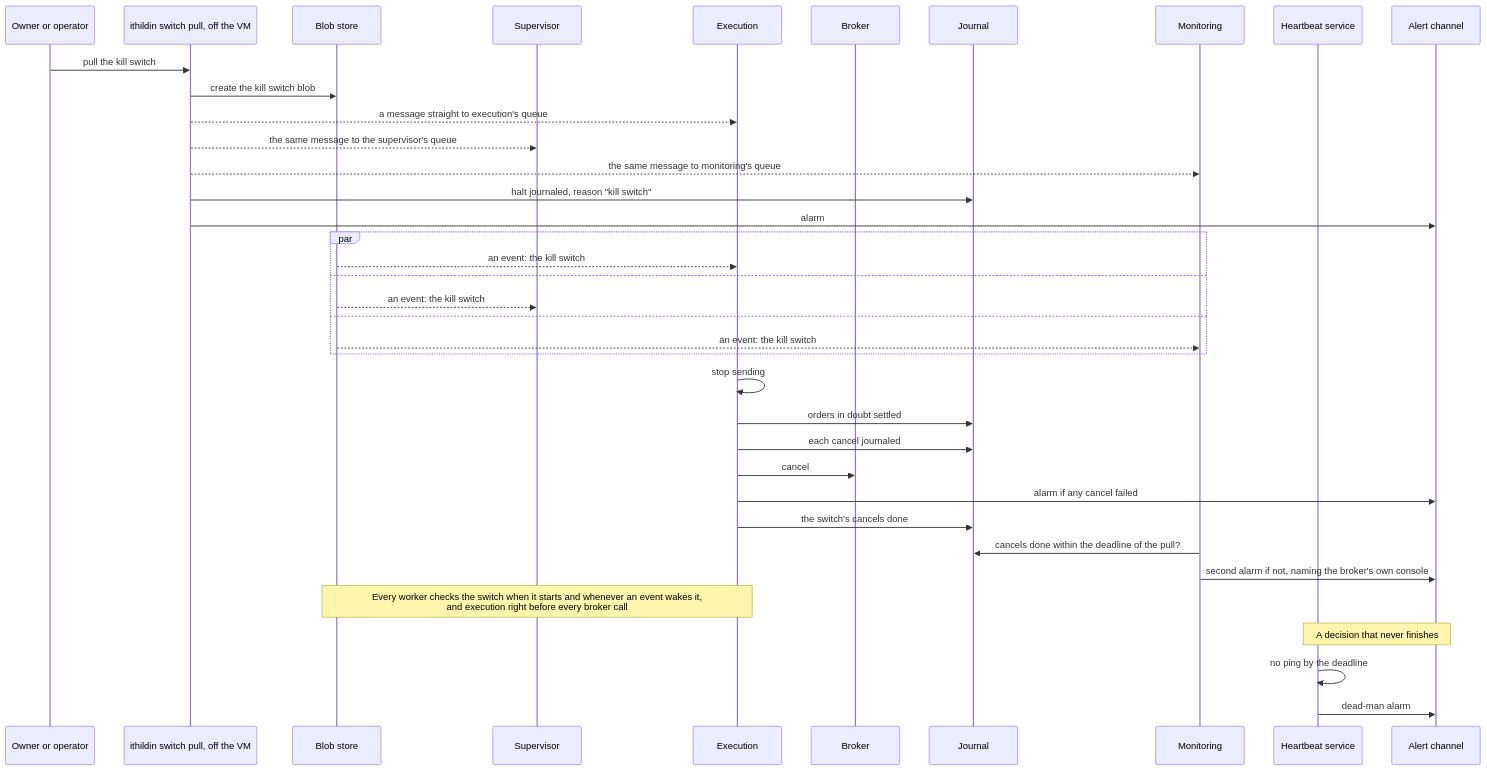
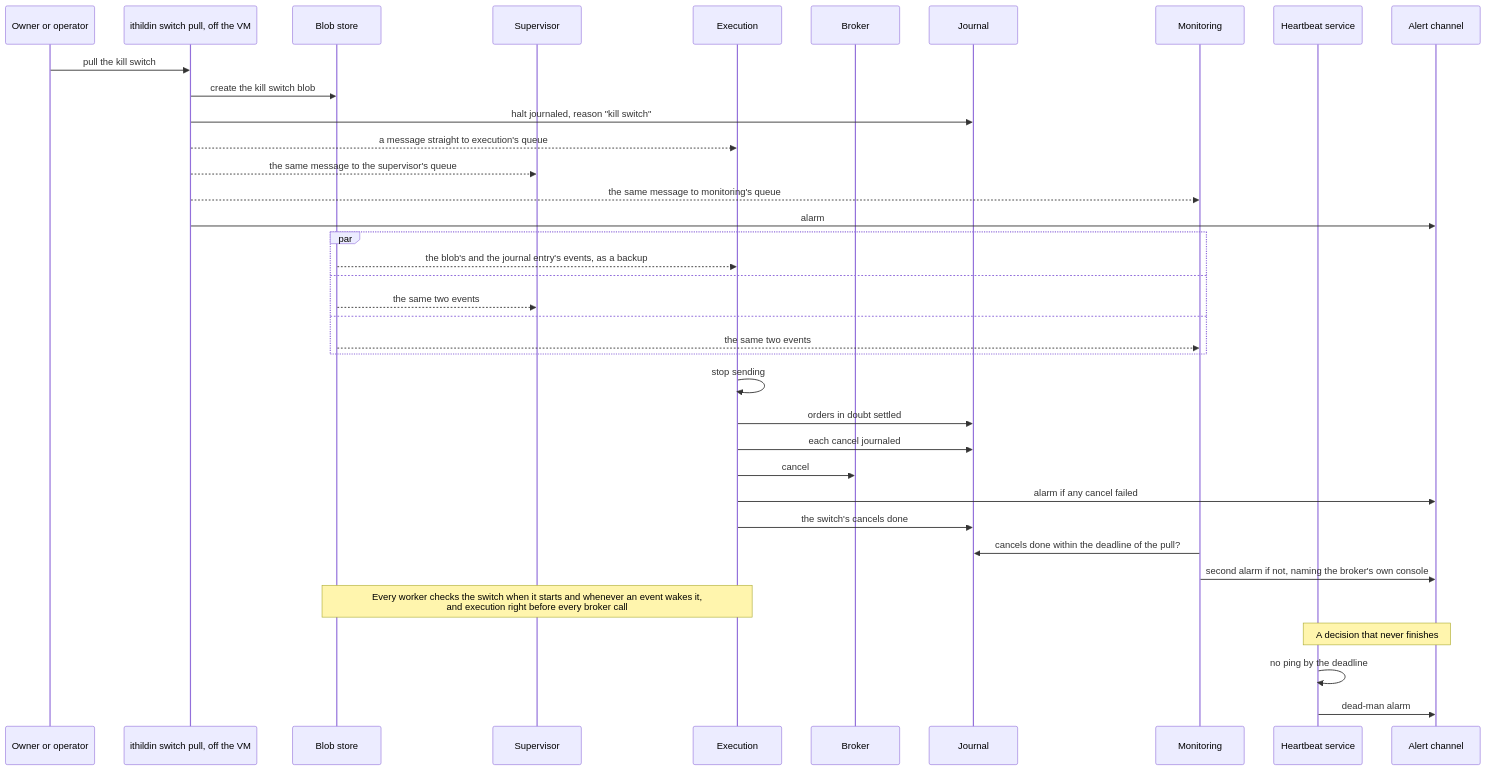
One commit to l3a0/ithildin-runtime changed the ninth of 16 diagrams in docs/architecture.md. Above: the diagram before and after it, drawn with Mermaid. The commit also changed 1 other file, not shown here.

Commit message:
docs: let the kill switch's blob and journal entry reach the queues if the tool fails
The owner ruled on 2026-10-31 that the switch's blob and journal entry also
trigger events, in case the tool fails before it sends its queue message.
A pull writes the blob, then the journal entry, then the message, and the
routes send both writes' S3 events to execution, the supervisor and
monitoring. The diagram shows that order and the backup events.

````diff
--- a/docs/architecture.md
+++ b/docs/architecture.md
@@ -834,41 +834,41 @@
 ```mermaid
 sequenceDiagram
     participant P as Owner or operator
     participant K as ithildin switch pull, off the VM
     participant F as Blob store
     participant V as Supervisor
     participant X as Execution
     participant B as Broker
     participant J as Journal
     participant M as Monitoring
     participant H as Heartbeat service
     participant A as Alert channel
 
     P->>K: pull the kill switch
     K->>F: create the kill switch blob
+    K->>J: halt journaled, reason "kill switch"
     K-->>X: a message straight to execution's queue
     K-->>V: the same message to the supervisor's queue
     K-->>M: the same message to monitoring's queue
-    K->>J: halt journaled, reason "kill switch"
     K->>A: alarm
     par
-                F-->>X: an event: the kill switch
+        F-->>X: the blob's and the journal entry's events, as a backup
     and
-        F-->>V: an event: the kill switch
+        F-->>V: the same two events
     and
-        F-->>M: an event: the kill switch
+        F-->>M: the same two events
     end
     X->>X: stop sending
     X->>J: orders in doubt settled
     X->>J: each cancel journaled
     X->>B: cancel
     X->>A: alarm if any cancel failed
     X->>J: the switch's cancels done
     M->>J: cancels done within the deadline of the pull?
     M->>A: second alarm if not, naming the broker's own console
     Note over F,X: Every worker checks the switch when it starts and whenever an event wakes it,<br/>and execution right before every broker call
 
     Note over H,A: A decision that never finishes
     H->>H: no ping by the deadline
     H->>A: dead-man alarm
 ```
````
